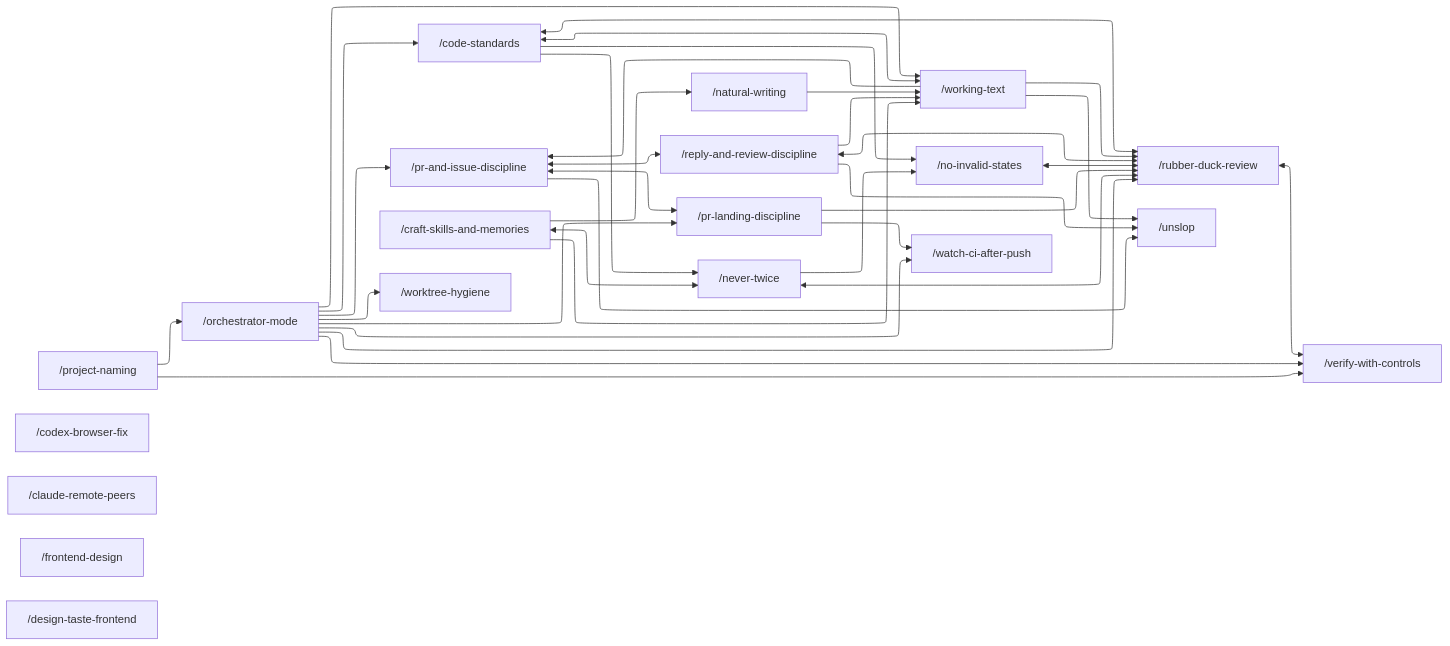
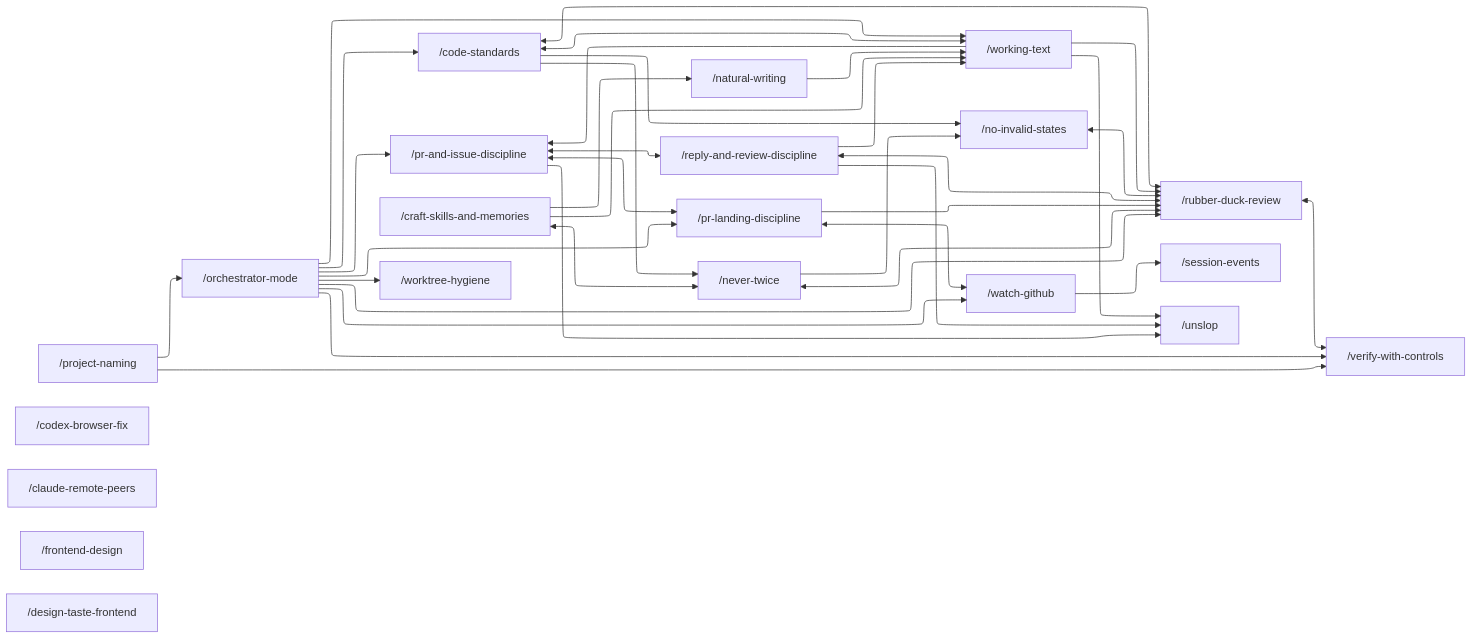
Before and after one commit to Vivswan/skills: the diagram in README.md, drawn with Mermaid. The commit also changed other lines of this file and 48 other files, not shown here.

Commit message:
feat(watch-github): session-events delivers polled events into the session; watch-github is its first source (#249)

```diff
--- a/README.md
+++ b/README.md
@@ -70,7 +71,8 @@
   nt["/never-twice"]
   vwc["/verify-with-controls"]
   csm["/craft-skills-and-memories"]
-  wca["/watch-ci-after-push"]
+  wgh["/watch-github"]
+  se["/session-events"]
   wh["/worktree-hygiene"]
   us["/unslop"]
   cbf["/codex-browser-fix"]
@@ -85,6 +87,7 @@
   nt <--> rdr
   pid <--> pld
   pid <--> rrd
+  pld <--> wgh
   rdr <--> rrd
   rdr <--> vwc
 
@@ -92,13 +95,13 @@
   wt --> pid
   nw --> wt
   om --> rdr
-  om --> wca
+  om --> wgh
+  wgh --> se
   om --> cs
   om --> pid
   om --> pld
   om --> wh
   rrd --> wt
-  pld --> wca
   pld --> rdr
   cs --> nt
   cs --> nis
@@ -126,7 +129,8 @@
   click nt "./skills/never-twice/SKILL.md"
   click vwc "./skills/verify-with-controls/SKILL.md"
   click csm "./skills/craft-skills-and-memories/SKILL.md"
-  click wca "./skills/watch-ci-after-push/SKILL.md"
+  click wgh "./skills/watch-github/SKILL.md"
+  click se "./skills/session-events/SKILL.md"
   click wh "./skills/worktree-hygiene/SKILL.md"
   click us "./xeno/unslop/SKILL.md"
   click cbf "./skills/codex-browser-fix/SKILL.md"
```
